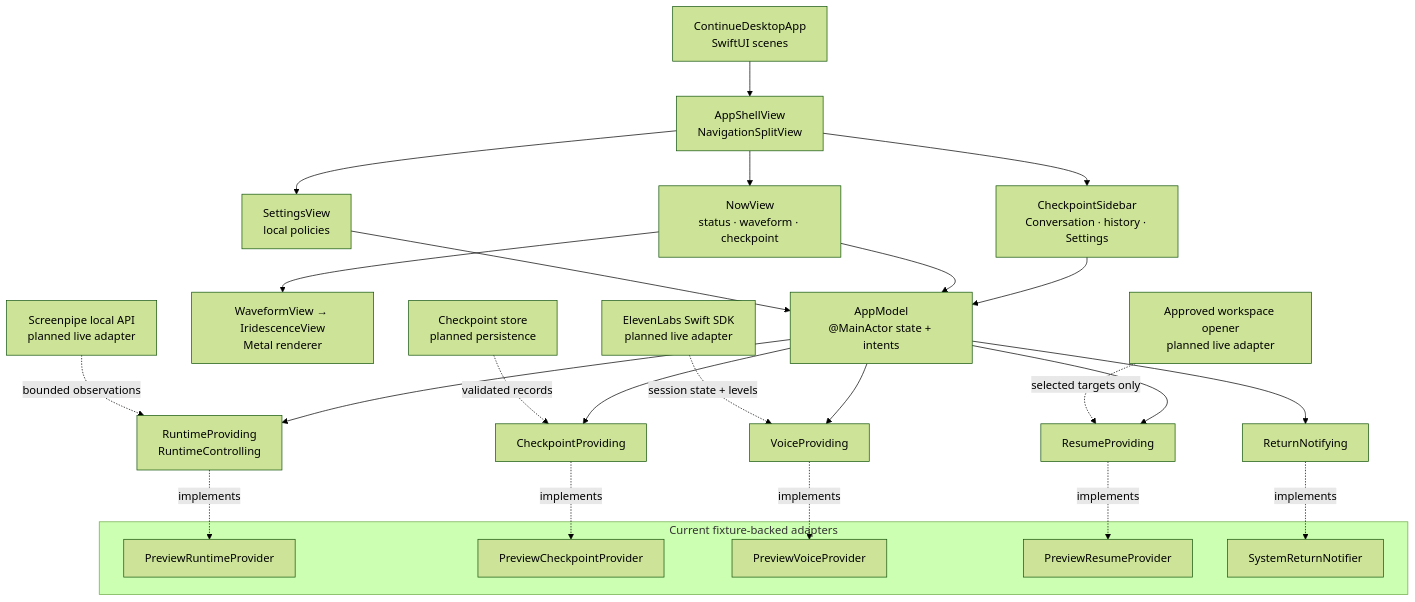
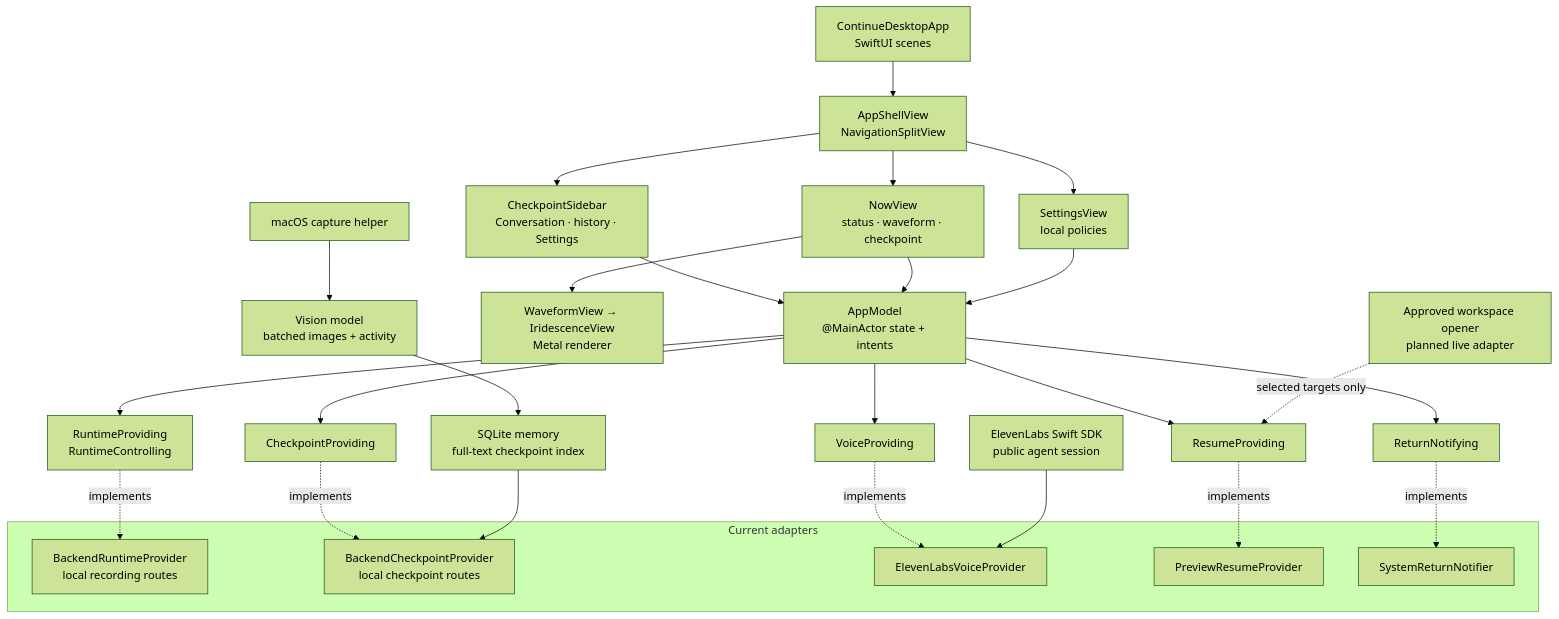
Before and after one commit to Johnnti/continue.ai: the diagram in README.md, drawn with Mermaid (forest theme). The commit also changed other lines of this file and 38 other files, not shown here.

````diff
--- a/README.md
+++ b/README.md
@@ -91,37 +103,38 @@
 ```mermaid
 flowchart TD
     App["ContinueDesktopApp<br/>SwiftUI scenes"] --> Shell["AppShellView<br/>NavigationSplitView"]
     Shell --> Sidebar["CheckpointSidebar<br/>Conversation · history · Settings"]
     Shell --> Now["NowView<br/>status · waveform · checkpoint"]
     Shell --> Settings["SettingsView<br/>local policies"]
 
     Sidebar --> Model["AppModel<br/>@MainActor state + intents"]
     Now --> Model
     Settings --> Model
     Now --> Orb["WaveformView → IridescenceView<br/>Metal renderer"]
 
     Model --> Runtime["RuntimeProviding<br/>RuntimeControlling"]
     Model --> Checkpoints["CheckpointProviding"]
     Model --> Voice["VoiceProviding"]
     Model --> Resume["ResumeProviding"]
     Model --> Notify["ReturnNotifying"]
 
-    subgraph Preview["Current fixture-backed adapters"]
-        PreviewRuntime["PreviewRuntimeProvider"]
-        PreviewCheckpoints["PreviewCheckpointProvider"]
-        PreviewVoice["PreviewVoiceProvider"]
+    subgraph Adapters["Current adapters"]
+        BackendRuntime["BackendRuntimeProvider<br/>local recording routes"]
+        BackendCheckpoints["BackendCheckpointProvider<br/>local checkpoint routes"]
+        ElevenLabsVoice["ElevenLabsVoiceProvider"]
         PreviewResume["PreviewResumeProvider"]
         SystemNotify["SystemReturnNotifier"]
     end
 
-    Runtime -. implements .-> PreviewRuntime
-    Checkpoints -. implements .-> PreviewCheckpoints
-    Voice -. implements .-> PreviewVoice
+    Runtime -. implements .-> BackendRuntime
+    Checkpoints -. implements .-> BackendCheckpoints
+    Voice -. implements .-> ElevenLabsVoice
     Resume -. implements .-> PreviewResume
     Notify -. implements .-> SystemNotify
 
-    Screenpipe["Screenpipe local API<br/>planned live adapter"] -. bounded observations .-> Runtime
-    Store["Checkpoint store<br/>planned persistence"] -. validated records .-> Checkpoints
-    VoiceSDK["ElevenLabs Swift SDK<br/>planned live adapter"] -. session state + levels .-> Voice
+    Capture["macOS capture helper"] --> Context["Vision model<br/>batched images + activity"]
+    Context --> Store["SQLite memory<br/>full-text checkpoint index"]
+    Store --> BackendCheckpoints
+    VoiceSDK["ElevenLabs Swift SDK<br/>public agent session"] --> ElevenLabsVoice
     Workspace["Approved workspace opener<br/>planned live adapter"] -. selected targets only .-> Resume
 ```
````
